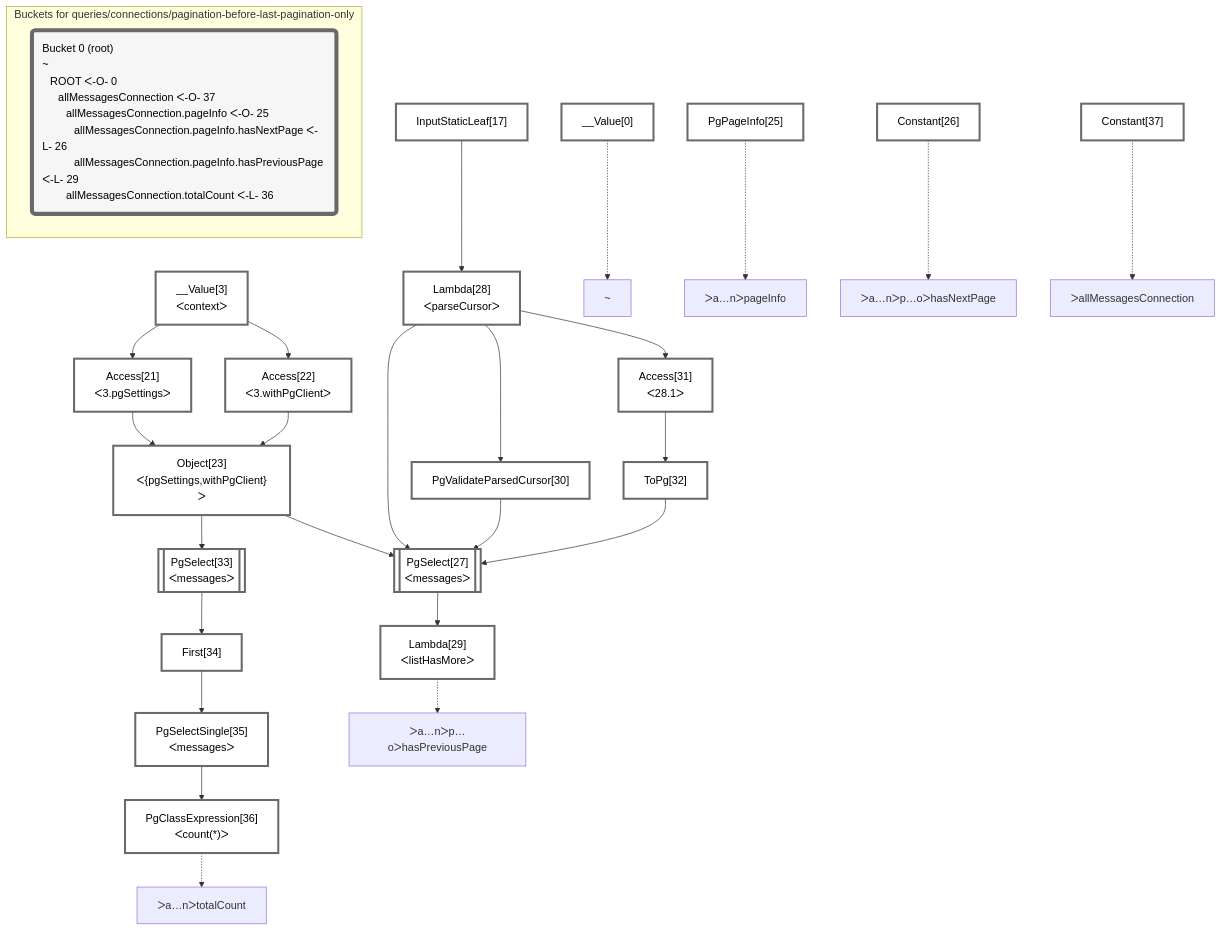
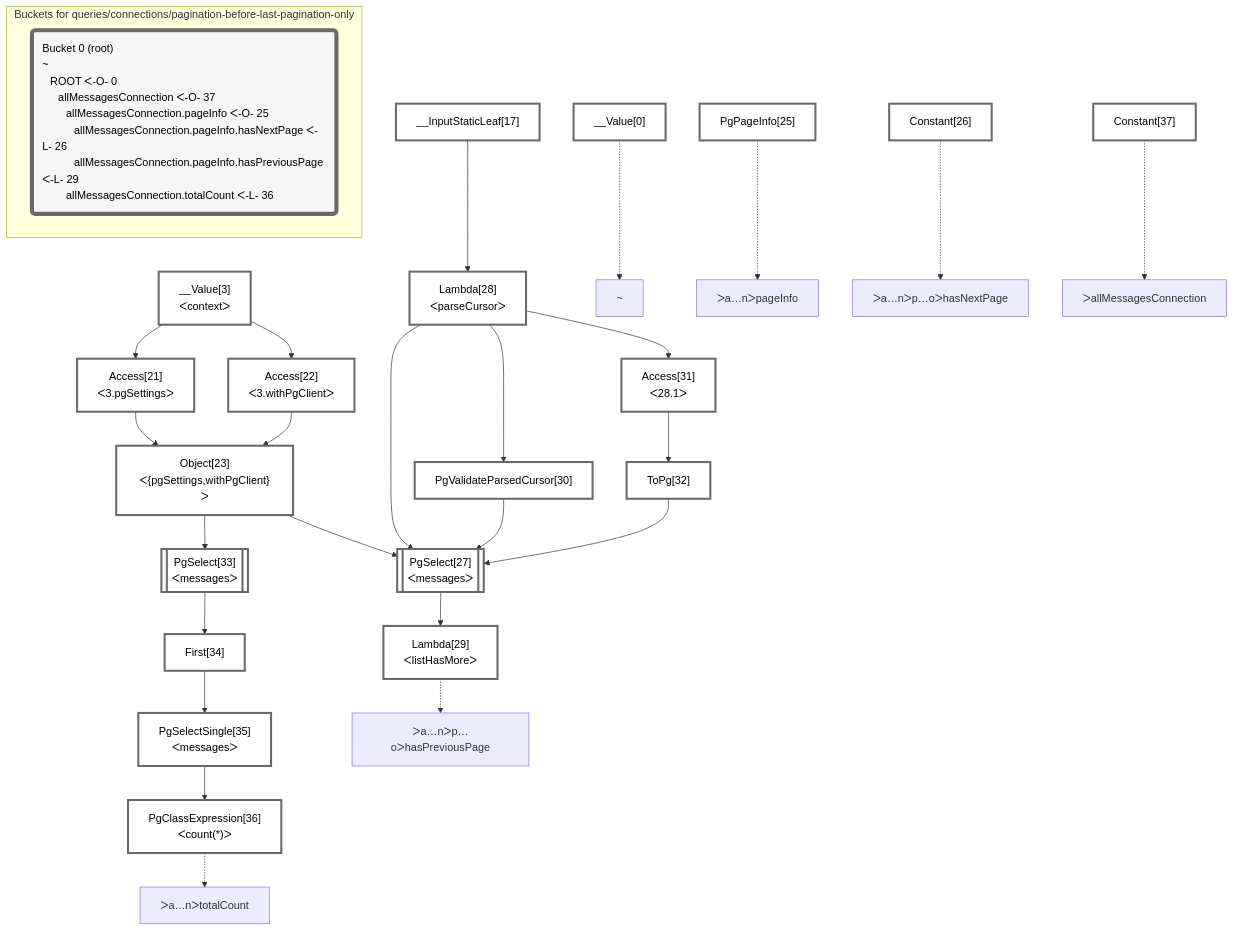
The diagram in packages/dataplan-pg/__tests__/queries/connections/pagination-before-last-pagination-only.mermaid.md (graphile/crystal), drawn with Mermaid before and after one commit. The commit also changed 79 other files, not shown here.

````diff
--- a/packages/dataplan-pg/__tests__/queries/connections/pagination-before-last-pagination-only.mermaid.md
+++ b/packages/dataplan-pg/__tests__/queries/connections/pagination-before-last-pagination-only.mermaid.md
@@ -1,65 +1,65 @@
 ```mermaid
 graph TD
     classDef path fill:#eee,stroke:#000,color:#000
     classDef plan fill:#fff,stroke-width:3px,color:#000
     classDef itemplan fill:#fff,stroke-width:6px,color:#000
     classDef sideeffectplan fill:#f00,stroke-width:6px,color:#000
     classDef bucket fill:#f6f6f6,color:#000,stroke-width:6px,text-align:left
 
 
     %% define plans
     __Value0["__Value[0]"]:::plan
     Lambda29["Lambda[29]<br />ᐸlistHasMoreᐳ"]:::plan
     PgSelect27[["PgSelect[27]<br />ᐸmessagesᐳ"]]:::plan
     PgClassExpression36["PgClassExpression[36]<br />ᐸcount(*)ᐳ"]:::plan
     PgSelectSingle35["PgSelectSingle[35]<br />ᐸmessagesᐳ"]:::plan
     First34["First[34]"]:::plan
     PgSelect33[["PgSelect[33]<br />ᐸmessagesᐳ"]]:::plan
     Object23["Object[23]<br />ᐸ{pgSettings,withPgClient}ᐳ"]:::plan
     Access21["Access[21]<br />ᐸ3.pgSettingsᐳ"]:::plan
     Access22["Access[22]<br />ᐸ3.withPgClientᐳ"]:::plan
     __Value3["__Value[3]<br />ᐸcontextᐳ"]:::plan
     PgValidateParsedCursor30["PgValidateParsedCursor[30]"]:::plan
     ToPg32["ToPg[32]"]:::plan
     Access31["Access[31]<br />ᐸ28.1ᐳ"]:::plan
     Lambda28["Lambda[28]<br />ᐸparseCursorᐳ"]:::plan
-    InputStaticLeaf17["InputStaticLeaf[17]"]:::plan
+    __InputStaticLeaf17["__InputStaticLeaf[17]"]:::plan
     Constant37["Constant[37]"]:::plan
     PgPageInfo25["PgPageInfo[25]"]:::plan
     Constant26["Constant[26]"]:::plan
 
     %% plan dependencies
     PgSelect27 --> Lambda29
     Object23 & Lambda28 & PgValidateParsedCursor30 & ToPg32 --> PgSelect27
     PgSelectSingle35 --> PgClassExpression36
     First34 --> PgSelectSingle35
     PgSelect33 --> First34
     Object23 --> PgSelect33
     Access21 & Access22 --> Object23
     __Value3 --> Access21
     __Value3 --> Access22
     Lambda28 --> PgValidateParsedCursor30
     Access31 --> ToPg32
     Lambda28 --> Access31
-    InputStaticLeaf17 --> Lambda28
+    __InputStaticLeaf17 --> Lambda28
 
     %% plan-to-path relationships
     P0["~"]
     __Value0 -.-> P0
     P25["ᐳa…nᐳpageInfo"]
     PgPageInfo25 -.-> P25
     P26["ᐳa…nᐳp…oᐳhasNextPage"]
     Constant26 -.-> P26
     P29["ᐳa…nᐳp…oᐳhasPreviousPage"]
     Lambda29 -.-> P29
     P36["ᐳa…nᐳtotalCount"]
     PgClassExpression36 -.-> P36
     P37["ᐳallMessagesConnection"]
     Constant37 -.-> P37
 
     subgraph "Buckets for queries/connections/pagination-before-last-pagination-only"
     Bucket0("Bucket 0 (root)<br />~<br />⠀ROOT ᐸ-O- 0<br />⠀⠀allMessagesConnection ᐸ-O- 37<br />⠀⠀⠀allMessagesConnection.pageInfo ᐸ-O- 25<br />⠀⠀⠀⠀allMessagesConnection.pageInfo.hasNextPage ᐸ-L- 26<br />⠀⠀⠀⠀allMessagesConnection.pageInfo.hasPreviousPage ᐸ-L- 29<br />⠀⠀⠀allMessagesConnection.totalCount ᐸ-L- 36"):::bucket
     classDef bucket0 stroke:#696969
-    class Bucket0,__Value0,__Value3,InputStaticLeaf17,Access21,Access22,Object23,PgPageInfo25,Constant26,PgSelect27,Lambda28,Lambda29,PgValidateParsedCursor30,Access31,ToPg32,PgSelect33,First34,PgSelectSingle35,PgClassExpression36,Constant37 bucket0
+    class Bucket0,__Value0,__Value3,__InputStaticLeaf17,Access21,Access22,Object23,PgPageInfo25,Constant26,PgSelect27,Lambda28,Lambda29,PgValidateParsedCursor30,Access31,ToPg32,PgSelect33,First34,PgSelectSingle35,PgClassExpression36,Constant37 bucket0
     end
 ```
````
